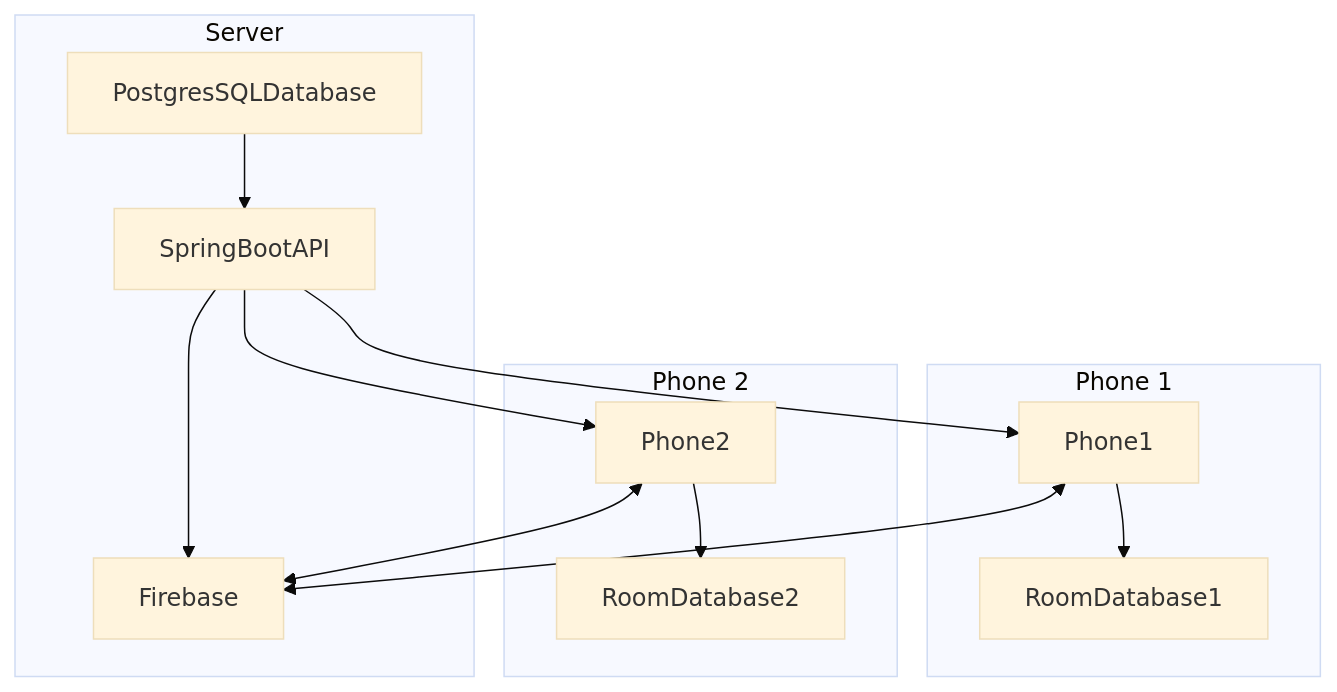
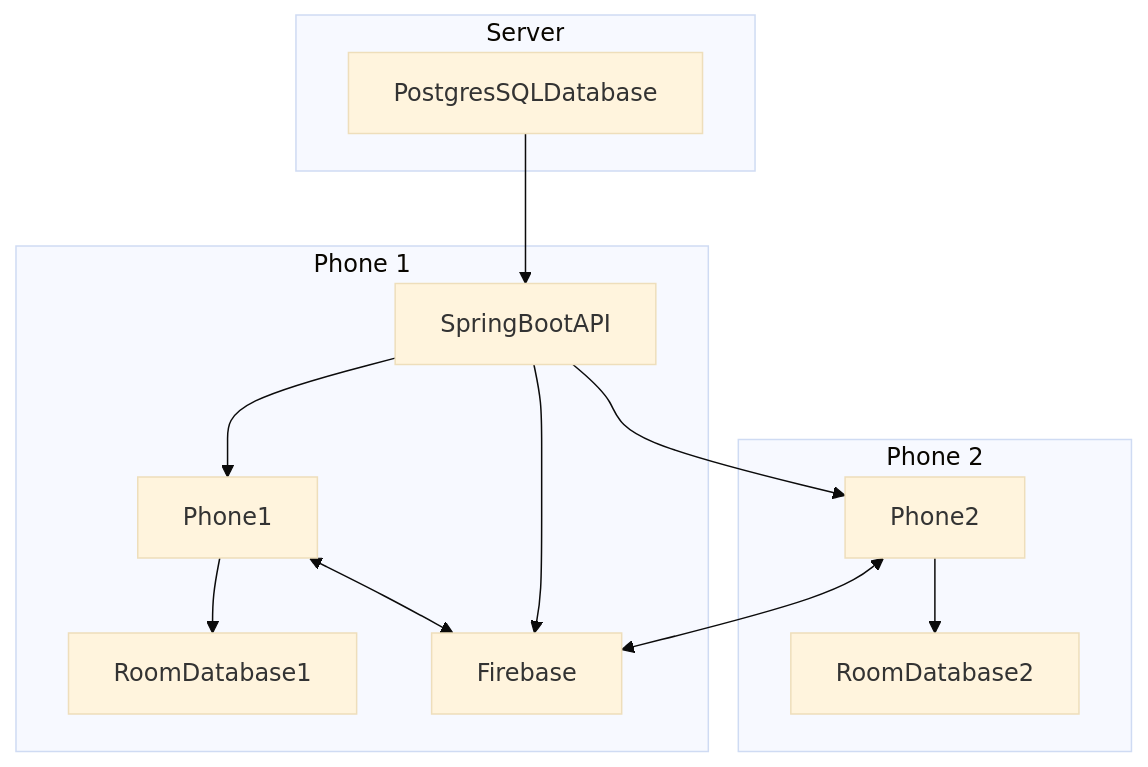
The diagram in README.md (lukekweston/MessengerAPP), drawn with Mermaid (base theme) before and after one commit. The commit also changed other lines of this file, not shown here.

````diff
--- a/README.md
+++ b/README.md
@@ -9,17 +9,17 @@
 ```mermaid
 graph TD;
-    subgraph "Server"
-        PostgresSQLDatabase--> SpringBootAPI;
-        SpringBootAPI-->Firebase;
-    end
     subgraph "Phone 1"
         SpringBootAPI--> Phone1;
         Phone1--> RoomDatabase1;
         Phone1<-->Firebase;
+    end
+    subgraph "Server"
+        PostgresSQLDatabase--> SpringBootAPI;
+        SpringBootAPI-->Firebase;
     end
     subgraph "Phone 2"
         SpringBootAPI--> Phone2;
         Phone2--> RoomDatabase2;
         Phone2<-->Firebase;
     end
 ```
````
